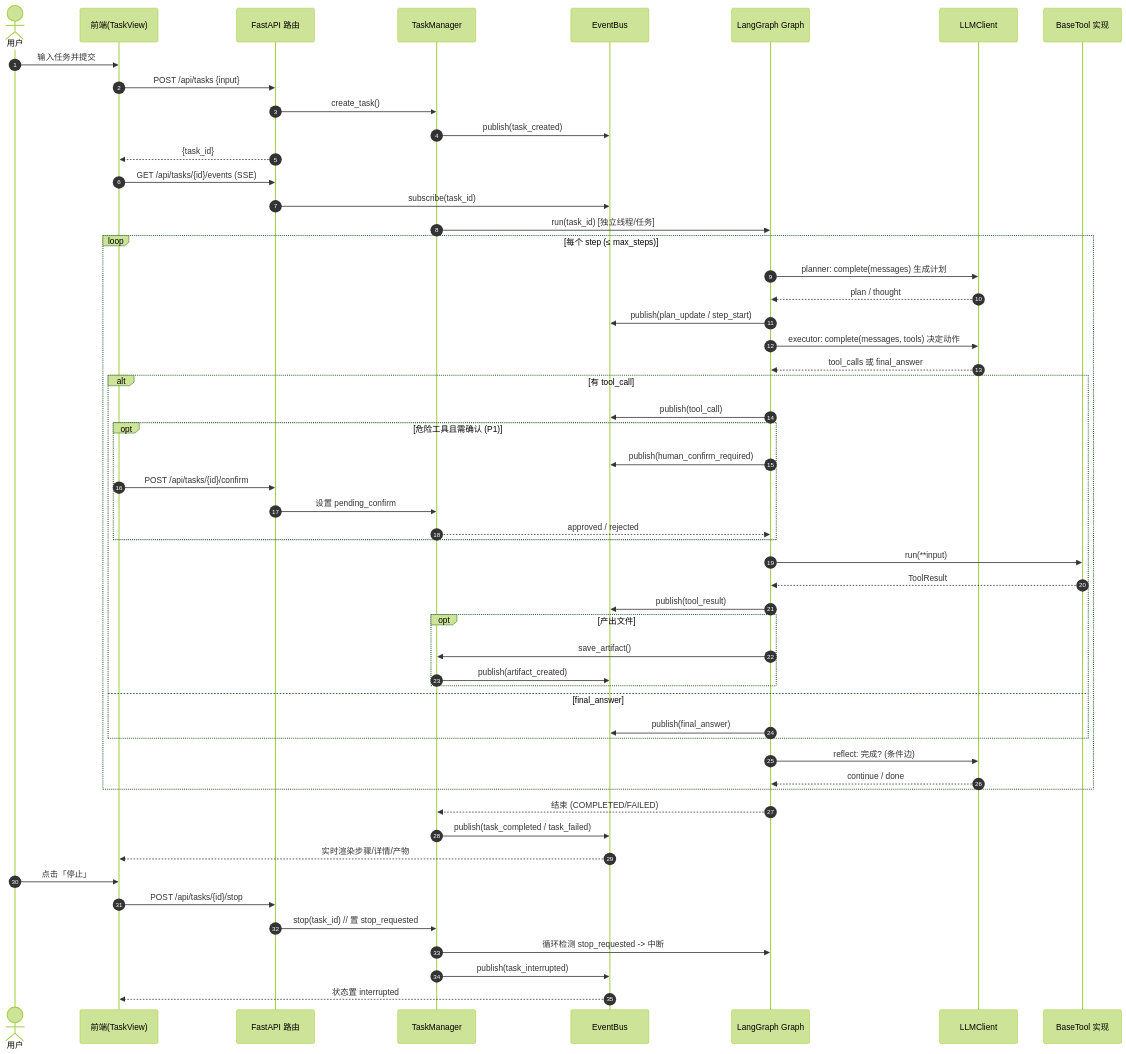
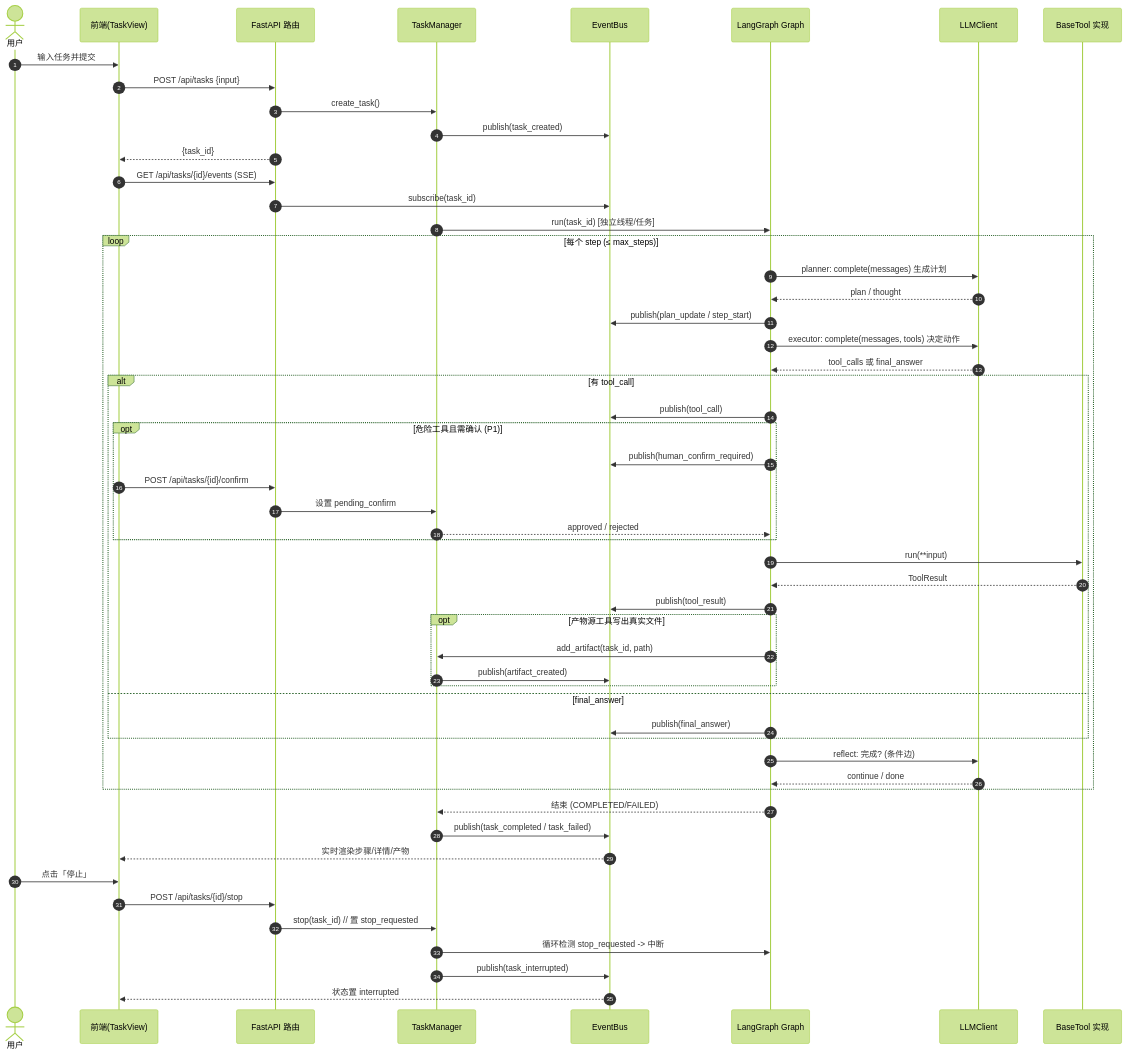
One commit to renjianguojinqianfan/langgraph-agent changed the second of 3 diagrams in docs/architecture.md. Above: the diagram before and after it, drawn with Mermaid (forest theme). The commit also changed other lines of this file and 5 other files, not shown here.

````diff
--- a/docs/architecture.md
+++ b/docs/architecture.md
@@ -388,62 +389,62 @@
 ```mermaid
 sequenceDiagram
     autonumber
     actor U as 用户
     participant FE as 前端(TaskView)
     participant API as FastAPI 路由
     participant TM as TaskManager
     participant EB as EventBus
     participant G as LangGraph Graph
     participant L as LLMClient
     participant T as BaseTool 实现
 
     %% 提交任务
     U->>FE: 输入任务并提交
     FE->>API: POST /api/tasks {input}
     API->>TM: create_task()
     TM->>EB: publish(task_created)
     API-->>FE: {task_id}
     FE->>API: GET /api/tasks/{id}/events (SSE)
     API->>EB: subscribe(task_id)
 
     %% 执行循环
     TM->>G: run(task_id)  [独立线程/任务]
     loop 每个 step (≤ max_steps)
         G->>L: planner: complete(messages) 生成计划
         L-->>G: plan / thought
         G->>EB: publish(plan_update / step_start)
         G->>L: executor: complete(messages, tools) 决定动作
         L-->>G: tool_calls 或 final_answer
         alt 有 tool_call
             G->>EB: publish(tool_call)
             opt 危险工具且需确认 (P1)
                 G->>EB: publish(human_confirm_required)
                 FE->>API: POST /api/tasks/{id}/confirm
                 API->>TM: 设置 pending_confirm
                 TM-->>G: approved / rejected
             end
             G->>T: run(**input)
             T-->>G: ToolResult
             G->>EB: publish(tool_result)
-            opt 产出文件
-                G->>TM: save_artifact()
+            opt 产物源工具写出真实文件
+                G->>TM: add_artifact(task_id, path)
                 TM->>EB: publish(artifact_created)
             end
         else final_answer
             G->>EB: publish(final_answer)
         end
         G->>L: reflect: 完成? (条件边)
         L-->>G: continue / done
     end
     G-->>TM: 结束 (COMPLETED/FAILED)
     TM->>EB: publish(task_completed / task_failed)
     EB-->>FE: 实时渲染步骤/详情/产物
 
     %% 停止控制
     U->>FE: 点击「停止」
     FE->>API: POST /api/tasks/{id}/stop
     API->>TM: stop(task_id)  // 置 stop_requested
     TM->>G: 循环检测 stop_requested -> 中断
     TM->>EB: publish(task_interrupted)
     EB-->>FE: 状态置 interrupted
 ```
````
